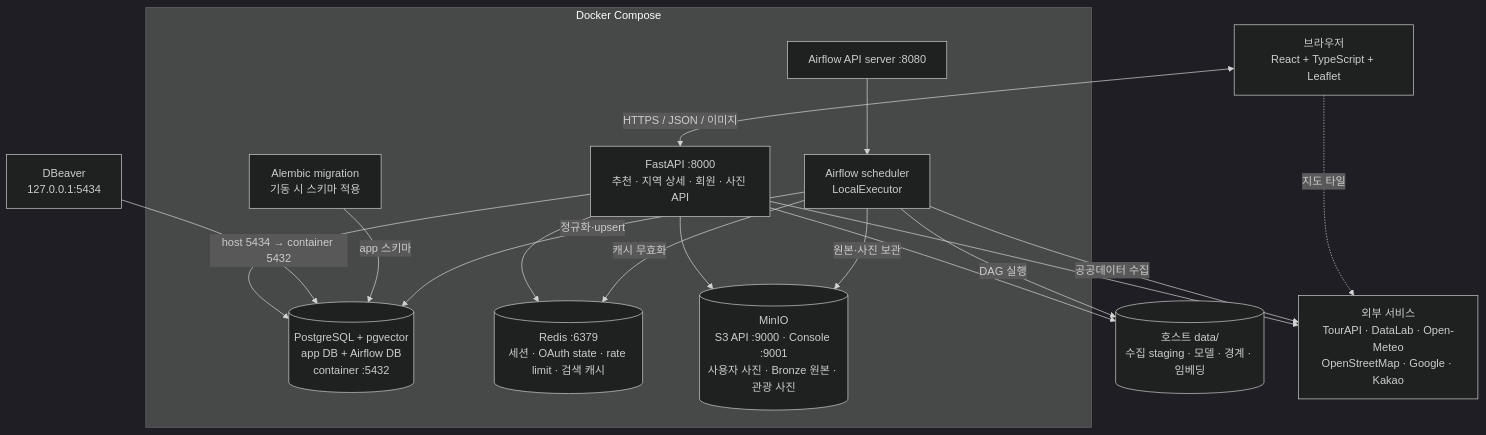
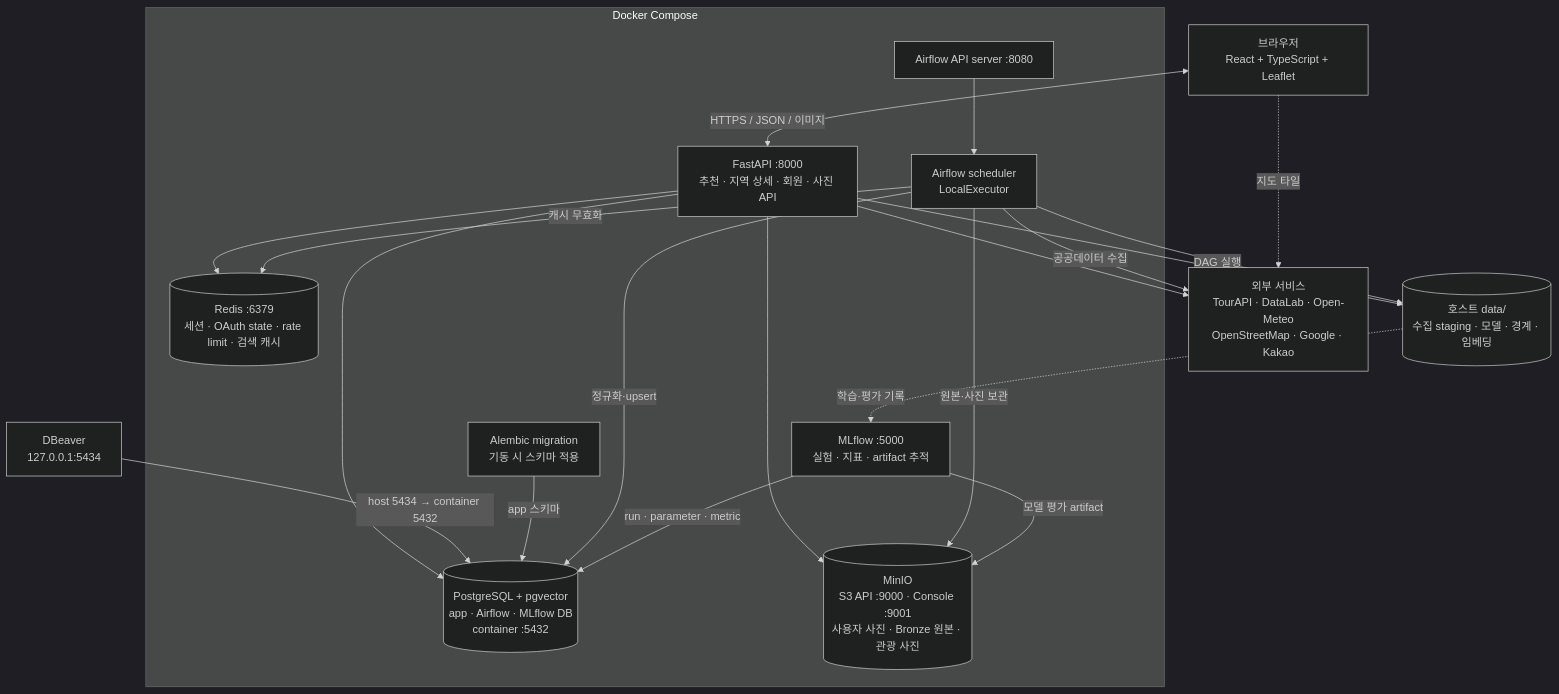
Before and after one commit to pihet/abroad-to-korea: the diagram in README.md, drawn with Mermaid (dark theme). The commit also changed other lines of this file and 21 other files, not shown here.

````diff
--- a/README.md
+++ b/README.md
@@ -29,34 +29,38 @@
 ```mermaid
 flowchart TB
   U["브라우저<br/>React + TypeScript + Leaflet"]
   DBA["DBeaver<br/>127.0.0.1:5434"]
 
   subgraph DC["Docker Compose"]
     API["FastAPI :8000<br/>추천 · 지역 상세 · 회원 · 사진 API"]
     MIG["Alembic migration<br/>기동 시 스키마 적용"]
-    PG[("PostgreSQL + pgvector<br/>app DB + Airflow DB<br/>container :5432")]
+    PG[("PostgreSQL + pgvector<br/>app · Airflow · MLflow DB<br/>container :5432")]
     REDIS[("Redis :6379<br/>세션 · OAuth state · rate limit · 검색 캐시")]
     MINIO[("MinIO<br/>S3 API :9000 · Console :9001<br/>사용자 사진 · Bronze 원본 · 관광 사진")]
     AFUI["Airflow API server :8080"]
     AFS["Airflow scheduler<br/>LocalExecutor"]
+    MLF["MLflow :5000<br/>실험 · 지표 · artifact 추적"]
   end
 
   STAGE[("호스트 data/<br/>수집 staging · 모델 · 경계 · 임베딩")]
   EXT["외부 서비스<br/>TourAPI · DataLab · Open-Meteo<br/>OpenStreetMap · Google · Kakao"]
 
   U <-- "HTTPS / JSON / 이미지" --> API
   U -. "지도 타일" .-> EXT
   API --> PG
   API --> REDIS
   API --> MINIO
   API --> STAGE
   API --> EXT
   DBA -- "host 5434 → container 5432" --> PG
   MIG -- "app 스키마" --> PG
   AFUI --> AFS
   AFS -- "DAG 실행" --> STAGE
   AFS -- "공공데이터 수집" --> EXT
   AFS -- "정규화·upsert" --> PG
   AFS -- "원본·사진 보관" --> MINIO
   AFS -- "캐시 무효화" --> REDIS
+  MLF -- "run · parameter · metric" --> PG
+  MLF -- "모델 평가 artifact" --> MINIO
+  STAGE -. "학습·평가 기록" .-> MLF
 ```
````
